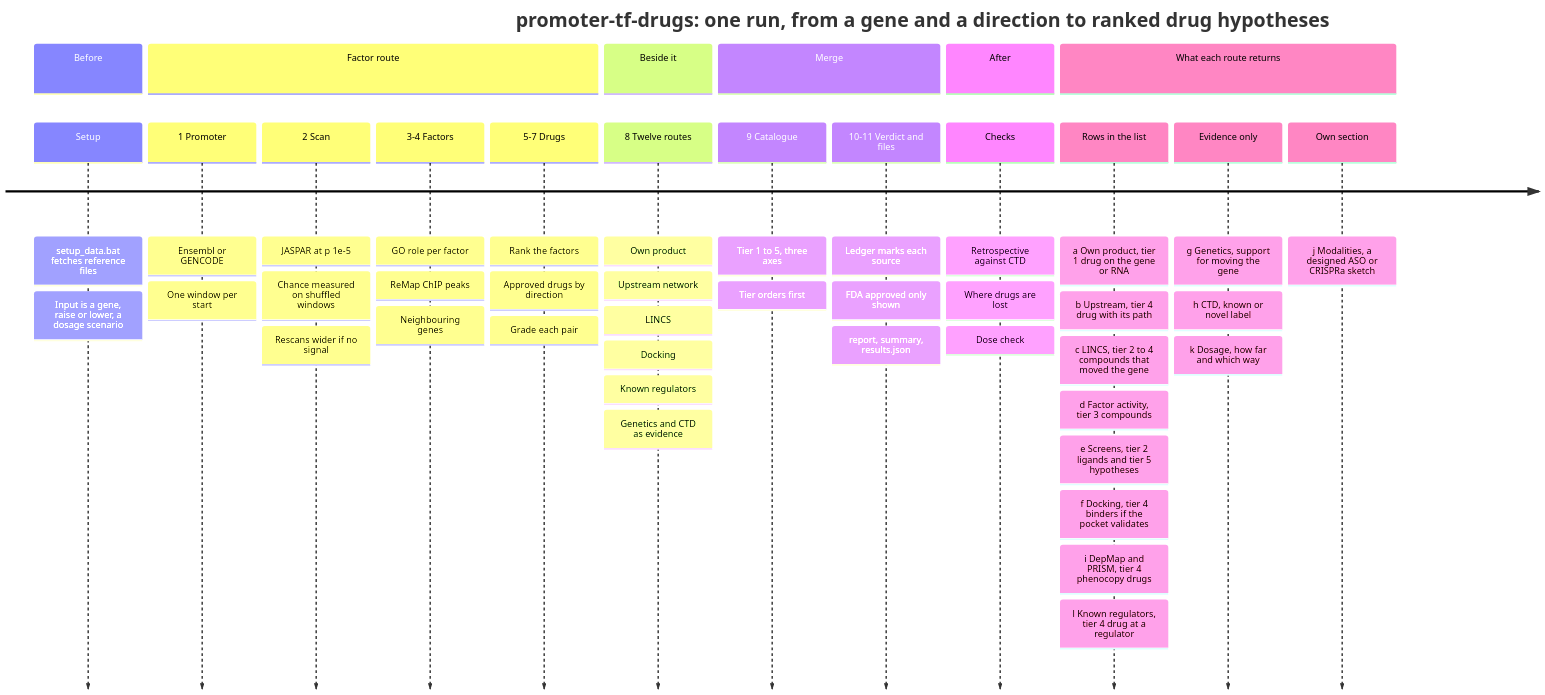
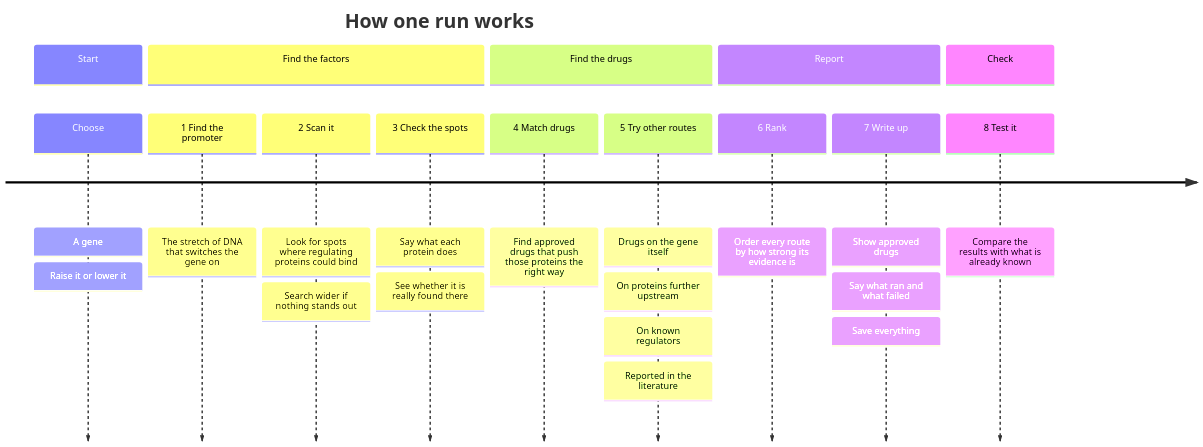
The diagram in docs/pipeline.mmd (kjmartin44/Martins), drawn with Mermaid before and after one commit. The commit also changed 27 other files, not shown here.

```diff
--- a/docs/pipeline.mmd
+++ b/docs/pipeline.mmd
@@ -1,20 +1,16 @@
 timeline
-    title promoter-tf-drugs: one run, from a gene and a direction to ranked drug hypotheses
-    section Before
-        Setup : setup_data.bat fetches reference files : Input is a gene, raise or lower, a dosage scenario
-    section Factor route
-        1 Promoter : Ensembl or GENCODE : One window per start
-        2 Scan : JASPAR at p 1e-5 : Chance measured on shuffled windows : Rescans wider if no signal
-        3-4 Factors : GO role per factor : ReMap ChIP peaks : Neighbouring genes
-        5-7 Drugs : Rank the factors : Approved drugs by direction : Grade each pair
-    section Beside it
-        8 Twelve routes : Own product : Upstream network : LINCS : Docking : Known regulators : Genetics and CTD as evidence
-    section Merge
-        9 Catalogue : Tier 1 to 5, three axes : Tier orders first
-        10-11 Verdict and files : Ledger marks each source : FDA approved only shown : report, summary, results.json
-    section After
-        Checks : Retrospective against CTD : Where drugs are lost : Dose check
-    section What each route returns
-        Rows in the list : a Own product, tier 1 drug on the gene or RNA : b Upstream, tier 4 drug with its path : c LINCS, tier 2 to 4 compounds that moved the gene : d Factor activity, tier 3 compounds : e Screens, tier 2 ligands and tier 5 hypotheses : f Docking, tier 4 binders if the pocket validates : i DepMap and PRISM, tier 4 phenocopy drugs : l Known regulators, tier 4 drug at a regulator
-        Evidence only : g Genetics, support for moving the gene : h CTD, known or novel label : k Dosage, how far and which way
-        Own section : j Modalities, a designed ASO or CRISPRa sketch
+    title How one run works
+    section Start
+        Choose : A gene : Raise it or lower it
+    section Find the factors
+        1 Find the promoter : The stretch of DNA that switches the gene on
+        2 Scan it : Look for spots where regulating proteins could bind : Search wider if nothing stands out
+        3 Check the spots : Say what each protein does : See whether it is really found there
+    section Find the drugs
+        4 Match drugs : Find approved drugs that push those proteins the right way
+        5 Try other routes : Drugs on the gene itself : On proteins further upstream : On known regulators : Reported in the literature
+    section Report
+        6 Rank : Order every route by how strong its evidence is
+        7 Write up : Show approved drugs : Say what ran and what failed : Save everything
+    section Check
+        8 Test it : Compare the results with what is already known
```
